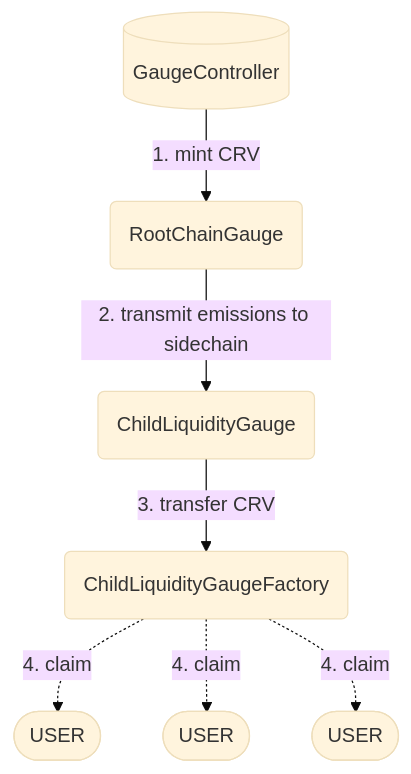
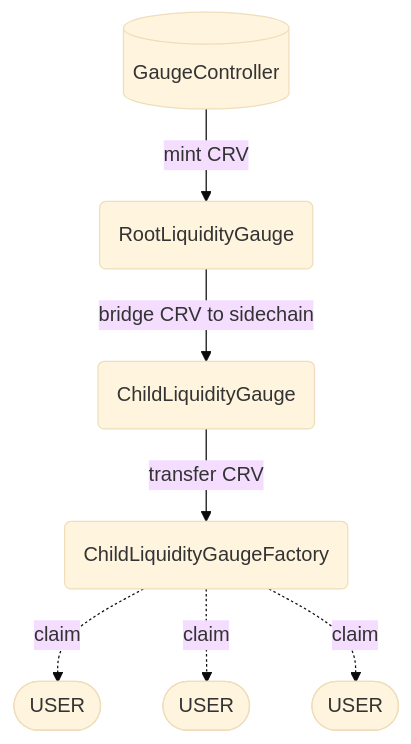
One commit to CurveDocs/curve-docs changed the diagram in docs/curve_dao/liquidity-gauge-and-minting-crv/evm-sidechains/overview.md. Above: the diagram before and after it, drawn with Mermaid (base theme). The commit also changed other lines of this file, not shown here.

````diff
--- a/docs/curve_dao/liquidity-gauge-and-minting-crv/evm-sidechains/overview.md
+++ b/docs/curve_dao/liquidity-gauge-and-minting-crv/evm-sidechains/overview.md
@@ -17,9 +17,9 @@
 ```mermaid
 graph TB
-    gc[(GaugeController)] -->|1. mint CRV| rcg1(RootChainGauge)
-    rcg1 -->|2. transmit emissions to sidechain| clg(ChildLiquidityGauge)
-    clg --> |3. transfer CRV| clgf(ChildLiquidityGaugeFactory)
-    clgf .-> |4. claim| u([USER])
-    clgf .-> |4. claim| u1([USER])
-    clgf .-> |4. claim| u2([USER])
+    gc[(GaugeController)] -->|mint CRV| rcg1(RootLiquidityGauge)
+    rcg1 -->|bridge CRV to sidechain| clg(ChildLiquidityGauge)
+    clg --> |transfer CRV| clgf(ChildLiquidityGaugeFactory)
+    clgf .-> |claim| u([USER])
+    clgf .-> |claim| u1([USER])
+    clgf .-> |claim| u2([USER])
 ```
````
